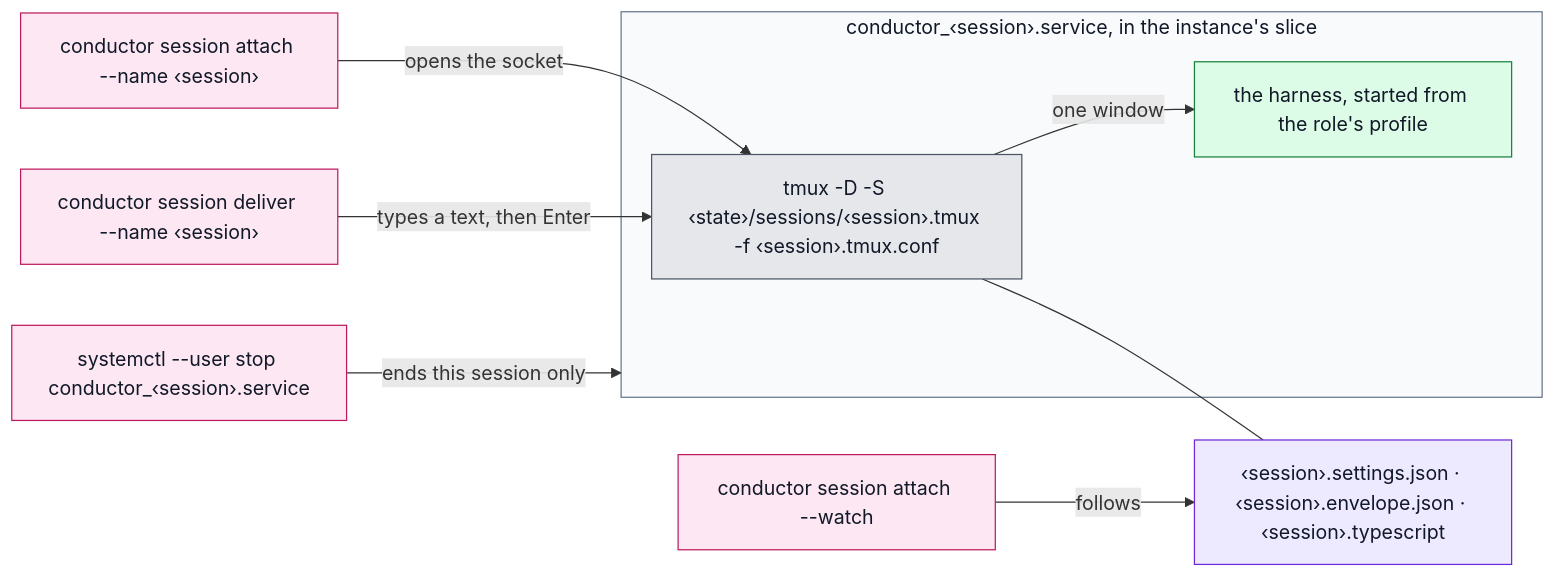
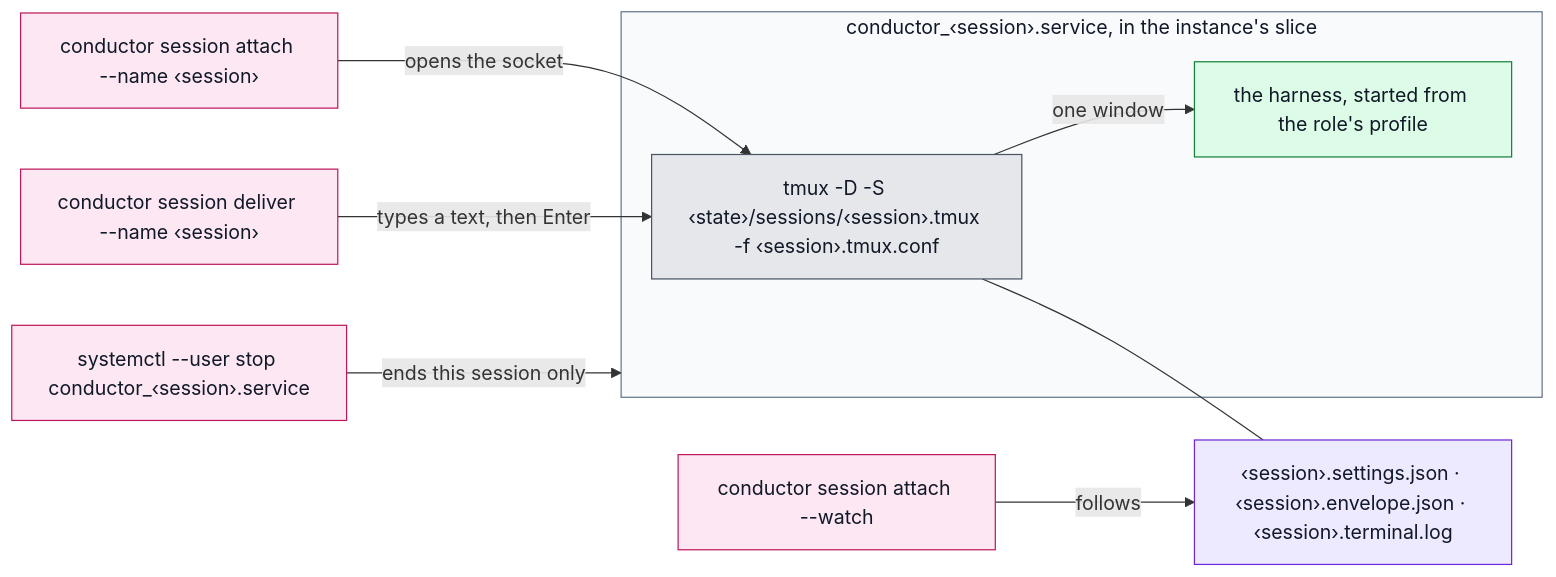
One commit to beyond10x/conductor changed the third of 12 diagrams in website/docs/concepts/architecture.md. Above: the diagram before and after it, drawn with Mermaid. The commit also changed other lines of this file and 1 other file, not shown here.

````diff
--- a/website/docs/concepts/architecture.md
+++ b/website/docs/concepts/architecture.md
@@ -125,19 +125,19 @@
 ```mermaid
 flowchart LR
   classDef model fill:#dcfce7,stroke:#15803d,color:#111827
   classDef nomodel fill:#e5e7eb,stroke:#4b5563,color:#111827
   classDef store fill:#ede9fe,stroke:#6d28d9,color:#111827
   classDef cmd fill:#fce7f3,stroke:#be185d,color:#111827
   subgraph unit["conductor_‹session›.service, in the instance's slice"]
     tmux["tmux -D -S ‹state›/sessions/‹session›.tmux -f ‹session›.tmux.conf"]:::nomodel
     harness["the harness, started from the role's profile"]:::model
     tmux -->|one window| harness
   end
   style unit fill:#f8fafc,stroke:#64748b,color:#111827
-  files["‹session›.settings.json · ‹session›.envelope.json · ‹session›.typescript"]:::store
+  files["‹session›.settings.json · ‹session›.envelope.json · ‹session›.terminal.log"]:::store
   tmux --- files
   attach["conductor session attach --name ‹session›"]:::cmd -->|opens the socket| tmux
   deliver["conductor session deliver --name ‹session›"]:::cmd -->|types a text, then Enter| tmux
   stop["systemctl --user stop conductor_‹session›.service"]:::cmd -->|ends this session only| unit
   watch["conductor session attach --watch"]:::cmd -->|follows| files
 ```
````
